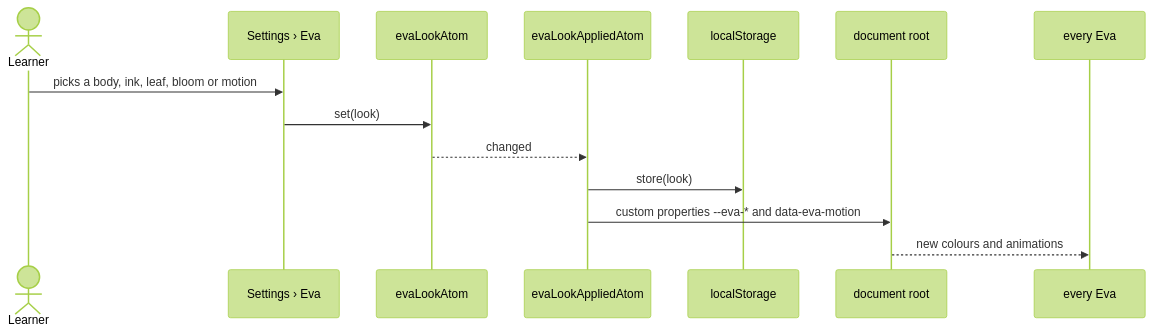
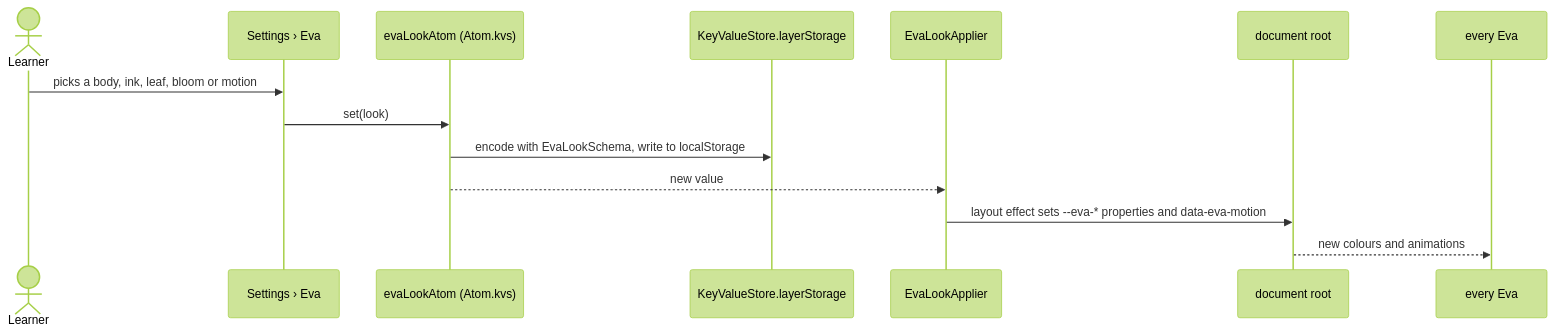
Before and after one commit to oleksii-latyshev/english-trainer: the first of 2 diagrams in src/core/eva-look/flow.md, drawn with Mermaid (forest theme). The commit also changed other lines of this file and 10 other files, not shown here.

Commit message:
refactor(ui): keep the Eva look in Atom.kvs with a Schema

````diff
--- a/src/core/eva-look/flow.md
+++ b/src/core/eva-look/flow.md
@@ -8,17 +8,17 @@
 ```mermaid
 sequenceDiagram
     actor Learner
     participant Settings as Settings › Eva
-    participant Look as evaLookAtom
-    participant Applied as evaLookAppliedAtom
-    participant Storage as localStorage
+    participant Look as evaLookAtom (Atom.kvs)
+    participant Store as KeyValueStore.layerStorage
+    participant Applier as EvaLookApplier
     participant Root as document root
     participant Eva as every Eva
 
     Learner->>Settings: picks a body, ink, leaf, bloom or motion
     Settings->>Look: set(look)
-    Look-->>Applied: changed
-    Applied->>Storage: store(look)
-    Applied->>Root: custom properties --eva-* and data-eva-motion
+    Look->>Store: encode with EvaLookSchema, write to localStorage
+    Look-->>Applier: new value
+    Applier->>Root: layout effect sets --eva-* properties and data-eva-motion
     Root-->>Eva: new colours and animations
 ```
````
